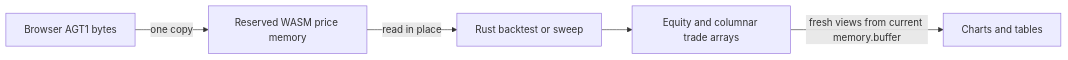
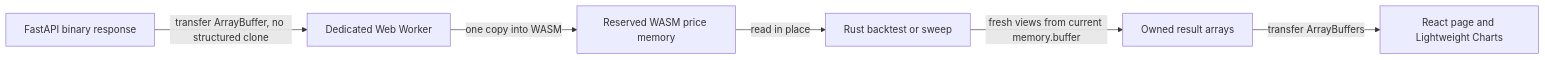
The first of 2 diagrams in web/src/engine/README.md (YashOnGit7/AlgoTrace), drawn with Mermaid before and after one commit. The commit also changed other lines of this file and 25 other files, not shown here.

````diff
--- a/web/src/engine/README.md
+++ b/web/src/engine/README.md
@@ -6,7 +6,8 @@
 ```mermaid
 flowchart LR
-  Bytes[Browser AGT1 bytes] -->|one copy| Reserve[Reserved WASM price memory]
-  Reserve -->|read in place| Rust[Rust backtest or sweep]
-  Rust --> Results[Equity and columnar trade arrays]
-  Results -->|fresh views from current memory.buffer| UI[Charts and tables]
+  API[FastAPI binary response] -->|transfer ArrayBuffer, no structured clone| Worker[Dedicated Web Worker]
+  Worker -->|one copy into WASM| Bytes[Reserved WASM price memory]
+  Bytes -->|read in place| Rust[Rust backtest or sweep]
+  Rust -->|fresh views from current memory.buffer| ResultCopy[Owned result arrays]
+  ResultCopy -->|transfer ArrayBuffers| UI[React page and Lightweight Charts]
 ```
````
